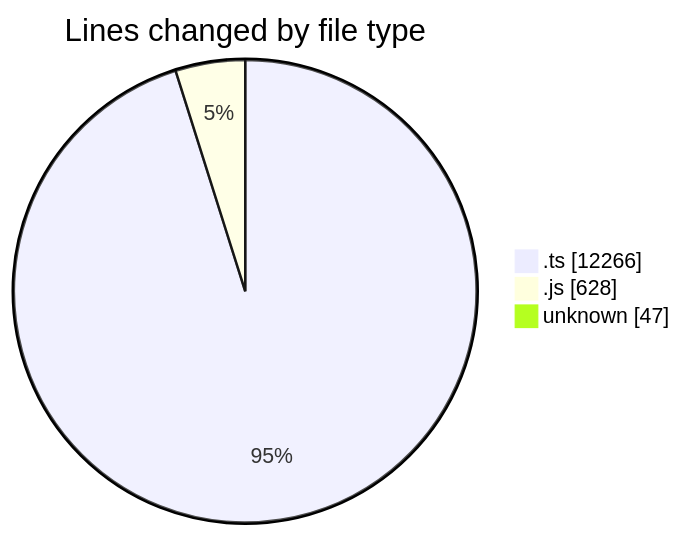
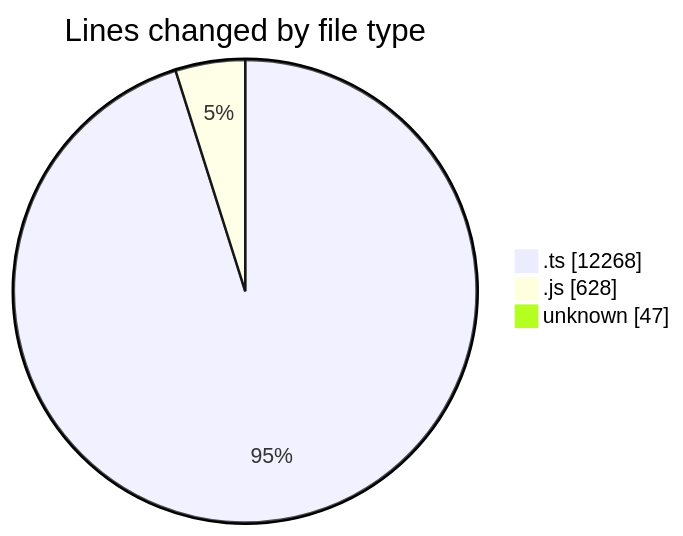
Before and after one commit to momahboobian/code-tracking: the first of 2 diagrams in 2025-09-05/cda/README.md, drawn with Mermaid. The commit also changed other lines of this file and 1 other file, not shown here.

````diff
--- a/2025-09-05/cda/README.md
+++ b/2025-09-05/cda/README.md
@@ -25,7 +25,7 @@
 ```mermaid
 pie showData
 title Lines changed by file type
-".ts" : 12266
+".ts" : 12268
 ".js" : 628
 "unknown" : 47
 ```
````
